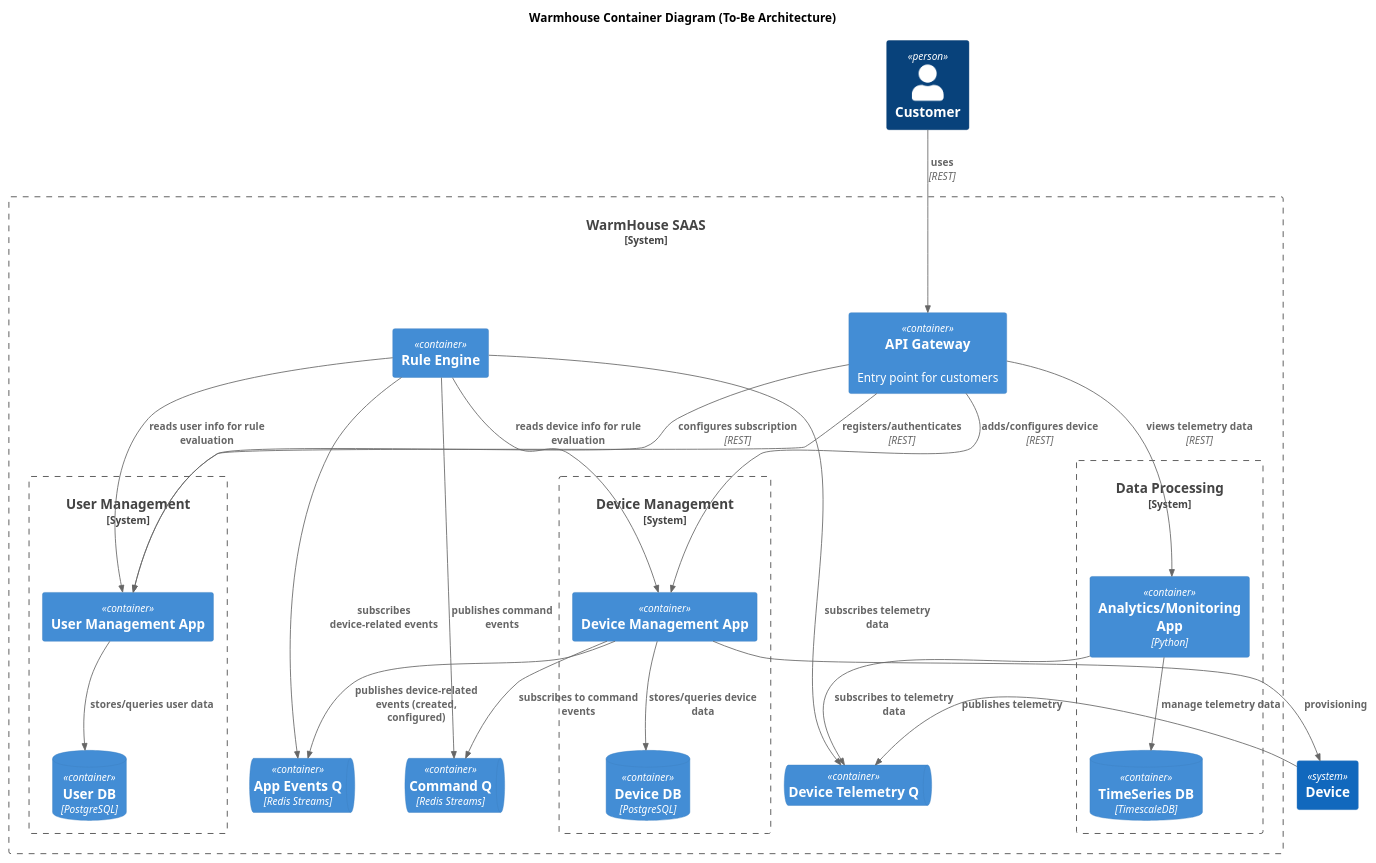
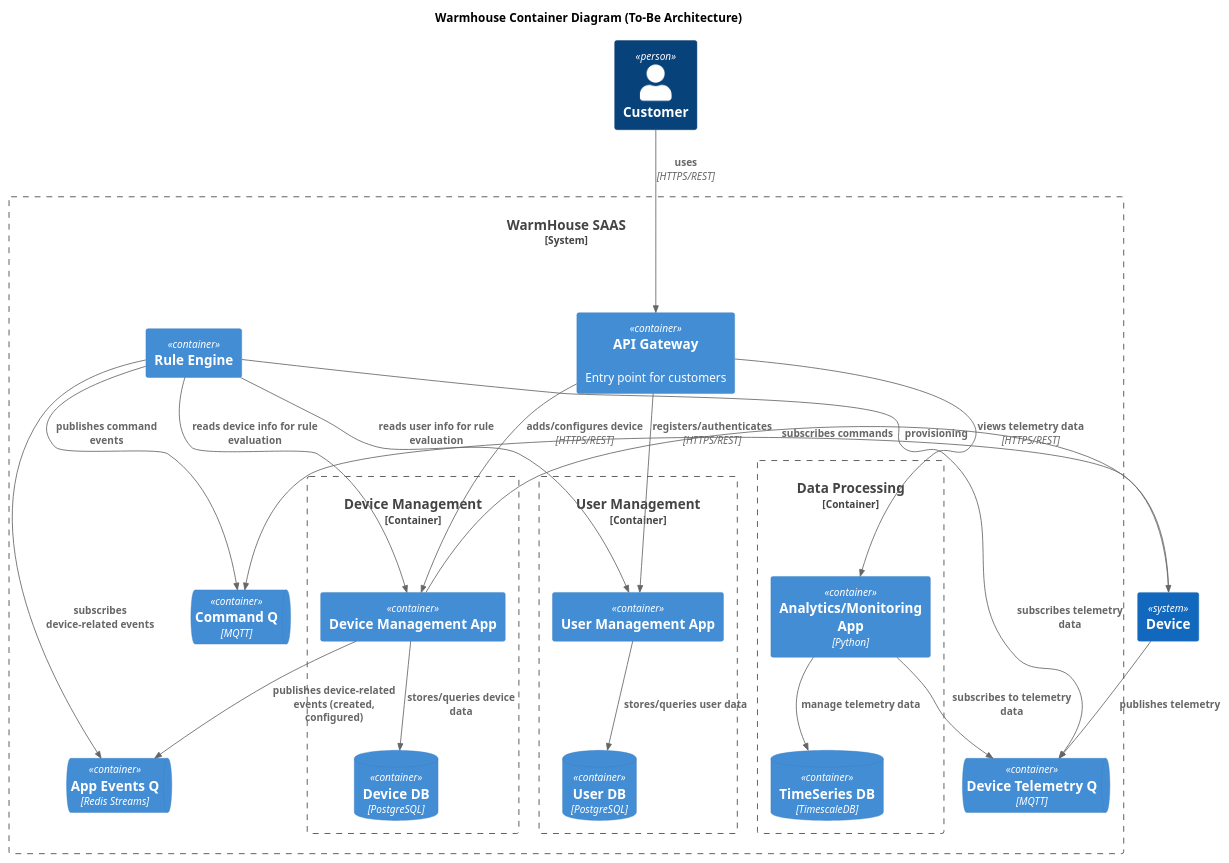
One commit to Upforup/architecture-pro-warmhouse changed the diagram in schemas/to_be/warmhouse_container_to_be.puml. Above: the diagram before and after it, drawn with PlantUML. The commit also changed 203 other files, not shown here.

```diff
--- a/schemas/to_be/warmhouse_container_to_be.puml
+++ b/schemas/to_be/warmhouse_container_to_be.puml
@@ -1,57 +1,57 @@
 @startuml warmhouse_container_to_be
 title Warmhouse Container Diagram (To-Be Architecture)
 
 top to bottom direction
 
 !include <C4/C4_Container>
 
 Person(user, "Customer", "")
 System(device, "Device")
 
 System_Boundary(wh, "WarmHouse SAAS") {
     Container(api, "API Gateway", "", "Entry point for customers")
  
-    System_Boundary(u, "User Management") {
+    Container_Boundary(u, "User Management") {
         Container(usersApp, "User Management App", "", "")
         ContainerDb(usersDB, "User DB", "PostgreSQL")
     }
-    System_Boundary(d, "Device Management") {
+    Container_Boundary(d, "Device Management") {
         Container(devMgmtApp, "Device Management App", "", "")
         ContainerDb(devMgmtDB, "Device DB", "PostgreSQL")
     }
-    System_Boundary(m, "Data Processing") {
+    Container_Boundary(m, "Data Processing") {
         Container(monitoringApp, "Analytics/Monitoring App", "Python", "")
         ContainerDb(telemetryDB, "TimeSeries DB", "TimescaleDB")
     }
 
     Container(rulesEngineApp, "Rule Engine", "", "")
-    ContainerQueue(tmQ, "Device Telemetry Q")
+    ContainerQueue(tmQ, "Device Telemetry Q", "MQTT")
     ContainerQueue(appEventsQ, "App Events Q", "Redis Streams")
-    ContainerQueue(commandQ, "Command Q", "Redis Streams")
+    ContainerQueue(commandQ, "Command Q", "MQTT")
 }
 
-Rel(user, api, "uses", "REST")
+Rel(user, api, "uses", "HTTPS/REST")
 Rel(device, tmQ, "publishes telemetry")
-Rel(api, usersApp, "registers/authenticates", "REST")
-Rel(api, devMgmtApp, "adds/configures device", "REST")
-Rel(api, usersApp, "configures subscription", "REST")
-Rel(api, monitoringApp, "views telemetry data", "REST")
+Rel(device, commandQ, "subscribes commands")
+
+Rel(api, usersApp, "registers/authenticates", "HTTPS/REST")
+Rel(api, devMgmtApp, "adds/configures device", "HTTPS/REST")
+Rel(api, monitoringApp, "views telemetry data", "HTTPS/REST")
 
 Rel(devMgmtApp, device, "provisioning", "")
 
 Rel(devMgmtApp, devMgmtDB, "stores/queries device data")
 Rel(usersApp, usersDB, "stores/queries user data")
 
 Rel(devMgmtApp, appEventsQ, "publishes device-related events (created, configured)", "")
 Rel(rulesEngineApp, appEventsQ, "subscribes device-related events", "")
 Rel(rulesEngineApp, commandQ, "publishes command events", "")
 Rel(rulesEngineApp, devMgmtApp, "reads device info for rule evaluation", "")
 Rel(rulesEngineApp, usersApp, "reads user info for rule evaluation", "")
 
-Rel(devMgmtApp, commandQ, "subscribes to command events")
 Rel(rulesEngineApp, tmQ, "subscribes telemetry data")
 
 Rel(monitoringApp, tmQ, "subscribes to telemetry data")
 Rel(monitoringApp, telemetryDB, "manage telemetry data")
 
 @enduml
```
